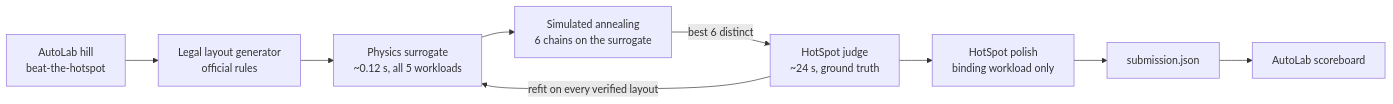
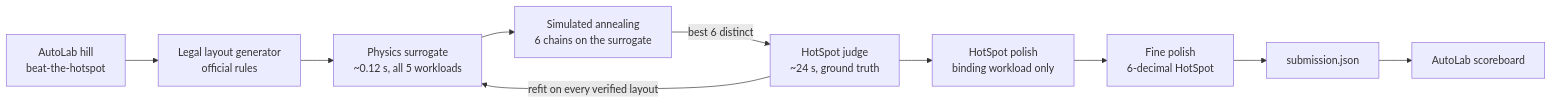
One commit to wilsonwu-ai/sundai-hack-145 changed the diagram in README.md. Above: the diagram before and after it, drawn with Mermaid. The commit also changed other lines of this file and 21 other files, not shown here.

First line of the commit message:
Back to AutoLab #1: 0.96695565 (101.96 C), official = local judge

````diff
--- a/README.md
+++ b/README.md
@@ -36,10 +43,10 @@
 ```mermaid
 flowchart LR
   A["AutoLab hill<br/>beat-the-hotspot"] --> B["Legal layout generator<br/>official rules"]
   B --> C["Physics surrogate<br/>~0.12 s, all 5 workloads"]
   C --> D["Simulated annealing<br/>6 chains on the surrogate"]
   D -->|"best 6 distinct"| E["HotSpot judge<br/>~24 s, ground truth"]
   E -->|"refit on every verified layout"| C
   E --> F["HotSpot polish<br/>binding workload only"]
-  F --> G["submission.json"] --> H["AutoLab scoreboard"]
+  F --> F2["Fine polish<br/>6-decimal HotSpot"] --> G["submission.json"] --> H["AutoLab scoreboard"]
 ```
````
